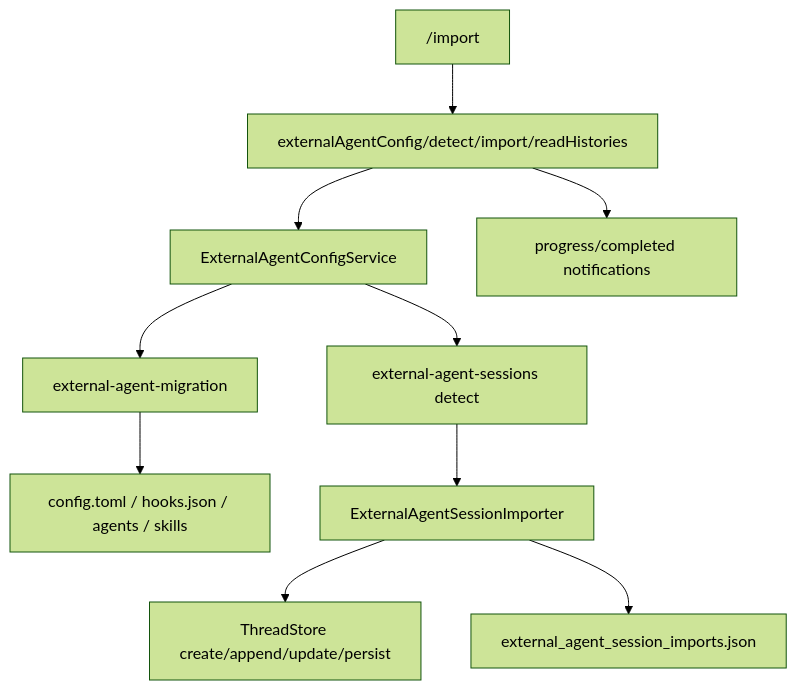
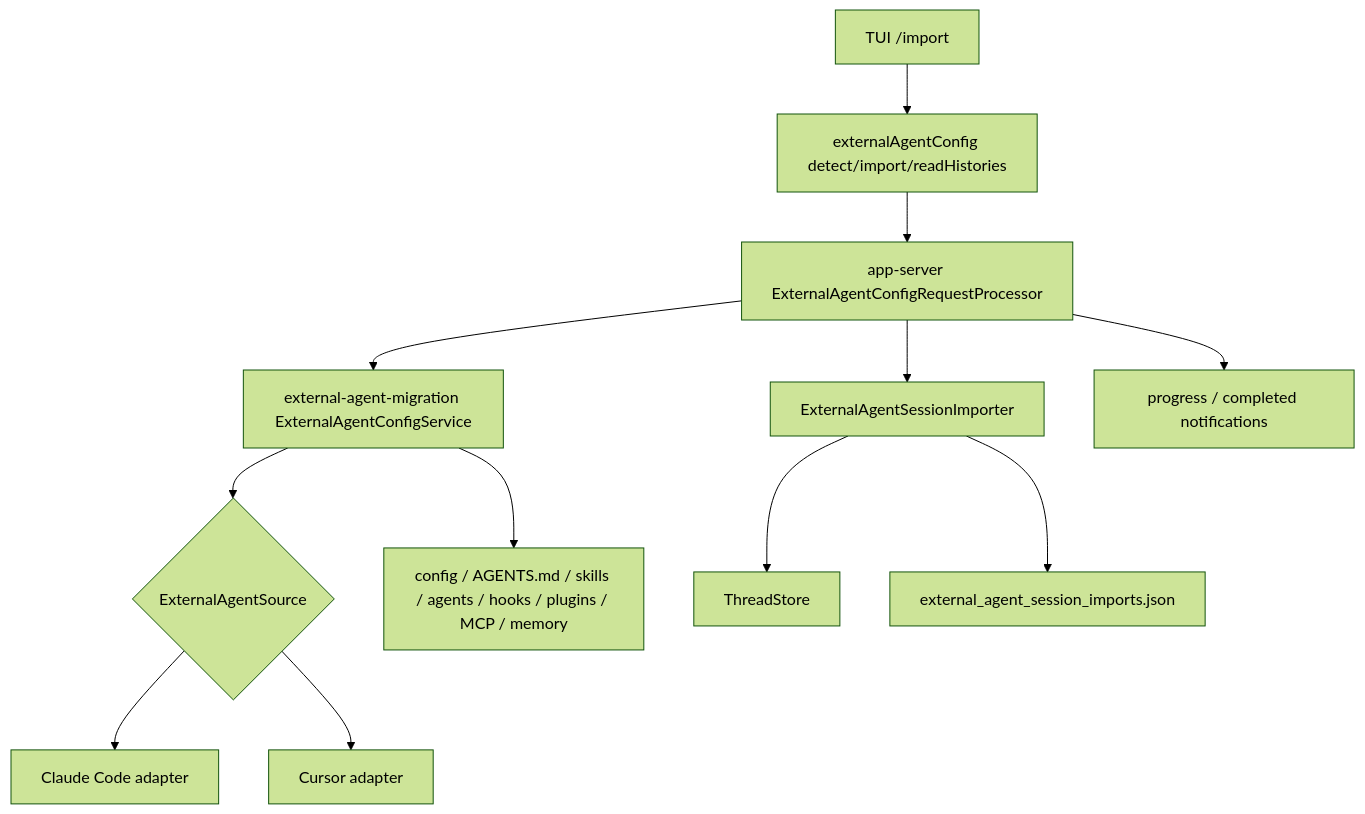
The diagram in docs/llm-wiki/codex/surface/cli/external-agent-import.md (wdnmdtonyma/SOTA-Agent-LLM-Wiki), drawn with Mermaid (forest theme) before and after one commit. The commit also changed other lines of this file and 183 other files, not shown here.

````diff
--- a/docs/llm-wiki/codex/surface/cli/external-agent-import.md
+++ b/docs/llm-wiki/codex/surface/cli/external-agent-import.md
@@ -24,12 +24,14 @@
 ```mermaid
 flowchart TD
-    TUI["/import"] --> RPC["externalAgentConfig/detect/import/readHistories"]
-    RPC --> SERVICE["ExternalAgentConfigService"]
-    SERVICE --> MIGRATION["external-agent-migration"]
-    MIGRATION --> CONFIG["config.toml / hooks.json / agents / skills"]
-    SERVICE --> SESSIONS["external-agent-sessions detect"]
-    SESSIONS --> IMPORTER["ExternalAgentSessionImporter"]
-    IMPORTER --> THREADSTORE["ThreadStore create/append/update/persist"]
+    TUI["TUI /import"] --> RPC["externalAgentConfig detect/import/readHistories"]
+    RPC --> PROCESSOR["app-server ExternalAgentConfigRequestProcessor"]
+    PROCESSOR --> SERVICE["external-agent-migration ExternalAgentConfigService"]
+    SERVICE --> SOURCE{"ExternalAgentSource"}
+    SOURCE --> CLA["Claude Code adapter"]
+    SOURCE --> CUR["Cursor adapter"]
+    SERVICE --> FILES["config / AGENTS.md / skills / agents / hooks / plugins / MCP / memory"]
+    PROCESSOR --> IMPORTER["ExternalAgentSessionImporter"]
+    IMPORTER --> THREADSTORE["ThreadStore"]
     IMPORTER --> LEDGER["external_agent_session_imports.json"]
-    RPC --> NOTIFY["progress/completed notifications"]
+    PROCESSOR --> NOTIFY["progress / completed notifications"]
 ```
````
